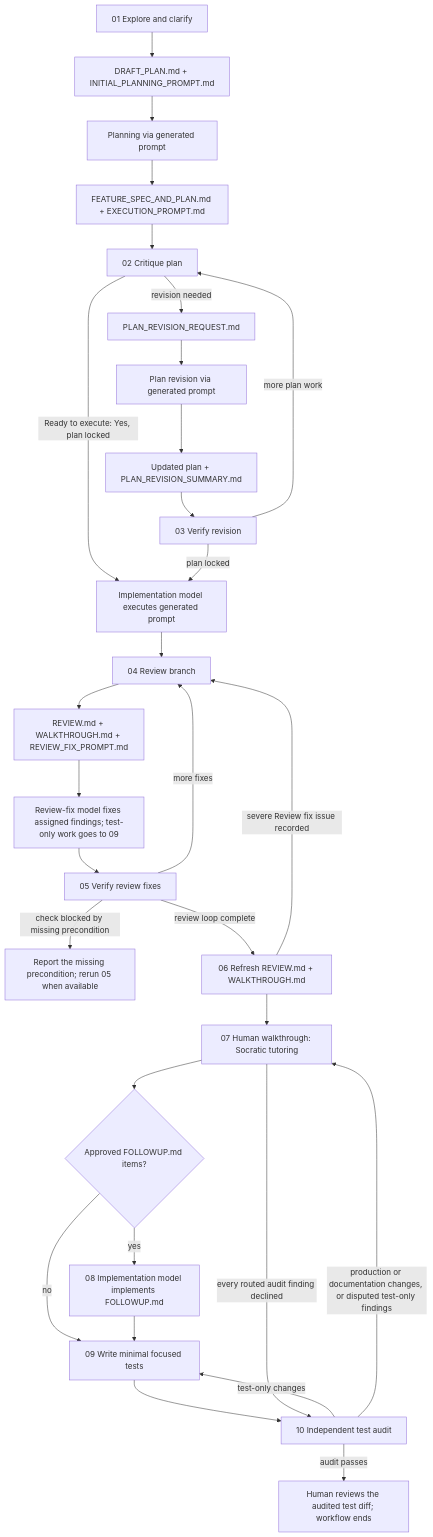
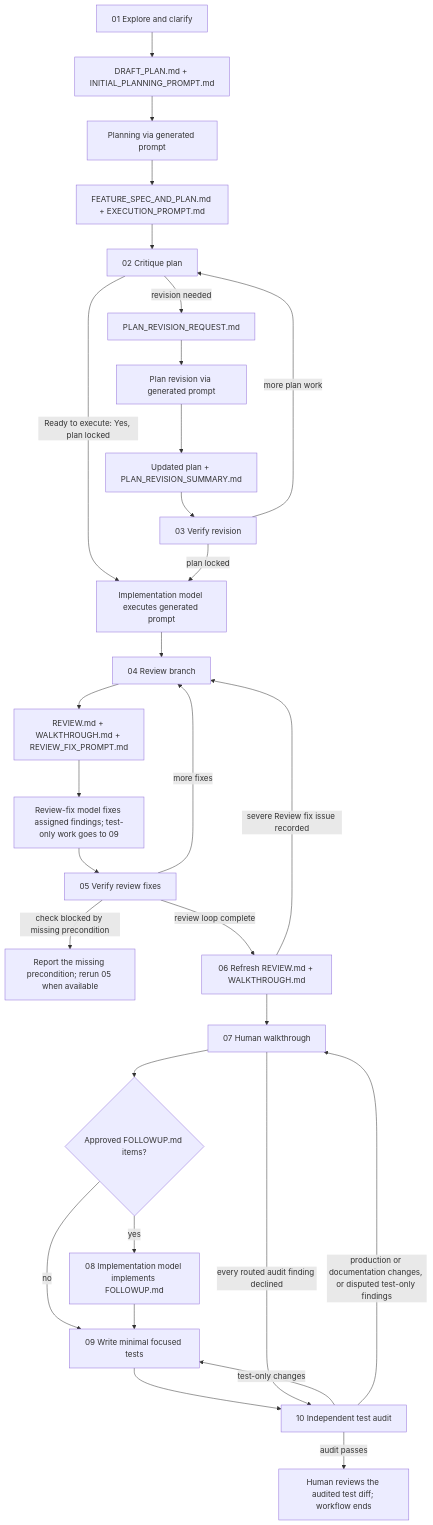
One commit to viseshrp/ai-coding-workflow changed the diagram in README.md. Above: the diagram before and after it, drawn with Mermaid. The commit also changed other lines of this file and 2 other files, not shown here.

First line of the commit message:
Remove tutoring and grading from the human walkthrough

````diff
--- a/README.md
+++ b/README.md
@@ -9,32 +9,32 @@
 ```mermaid
 flowchart TD
     A["01 Explore and clarify"] --> B["DRAFT_PLAN.md + INITIAL_PLANNING_PROMPT.md"]
     B --> C["Planning via generated prompt"]
     C --> D["FEATURE_SPEC_AND_PLAN.md + EXECUTION_PROMPT.md"]
     D --> E["02 Critique plan"]
     E -- "revision needed" --> F["PLAN_REVISION_REQUEST.md"]
     E -- "Ready to execute: Yes, plan locked" --> J
     F --> G["Plan revision via generated prompt"]
     G --> H["Updated plan + PLAN_REVISION_SUMMARY.md"]
     H --> I["03 Verify revision"]
     I -- "more plan work" --> E
     I -- "plan locked" --> J["Implementation model executes generated prompt"]
     J --> K["04 Review branch"]
     K --> L["REVIEW.md + WALKTHROUGH.md + REVIEW_FIX_PROMPT.md"]
     L --> M["Review-fix model fixes assigned findings; test-only work goes to 09"]
     M --> N["05 Verify review fixes"]
     N -- "more fixes" --> K
     N -- "check blocked by missing precondition" --> V["Report the missing precondition; rerun 05 when available"]
     N -- "review loop complete" --> O["06 Refresh REVIEW.md + WALKTHROUGH.md"]
     O -- "severe Review fix issue recorded" --> K
-    O --> P["07 Human walkthrough: Socratic tutoring"]
+    O --> P["07 Human walkthrough"]
     P --> Q{"Approved FOLLOWUP.md items?"}
     Q -- "yes" --> R["08 Implementation model implements FOLLOWUP.md"]
     Q -- "no" --> S["09 Write minimal focused tests"]
     R --> S
     S --> T["10 Independent test audit"]
     T -- "test-only changes" --> S
     T -- "production or documentation changes, or disputed test-only findings" --> P
     P -- "every routed audit finding declined" --> T
     T -- "audit passes" --> U["Human reviews the audited test diff; workflow ends"]
 ```
````
